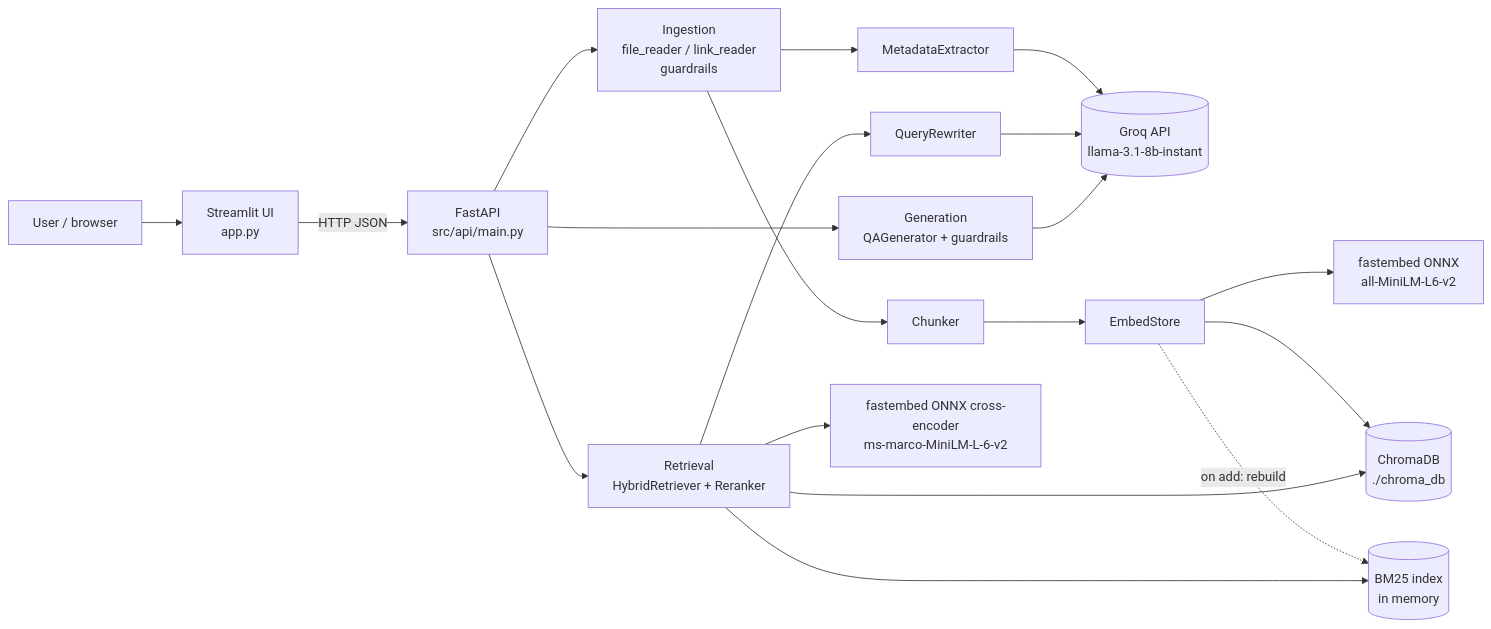
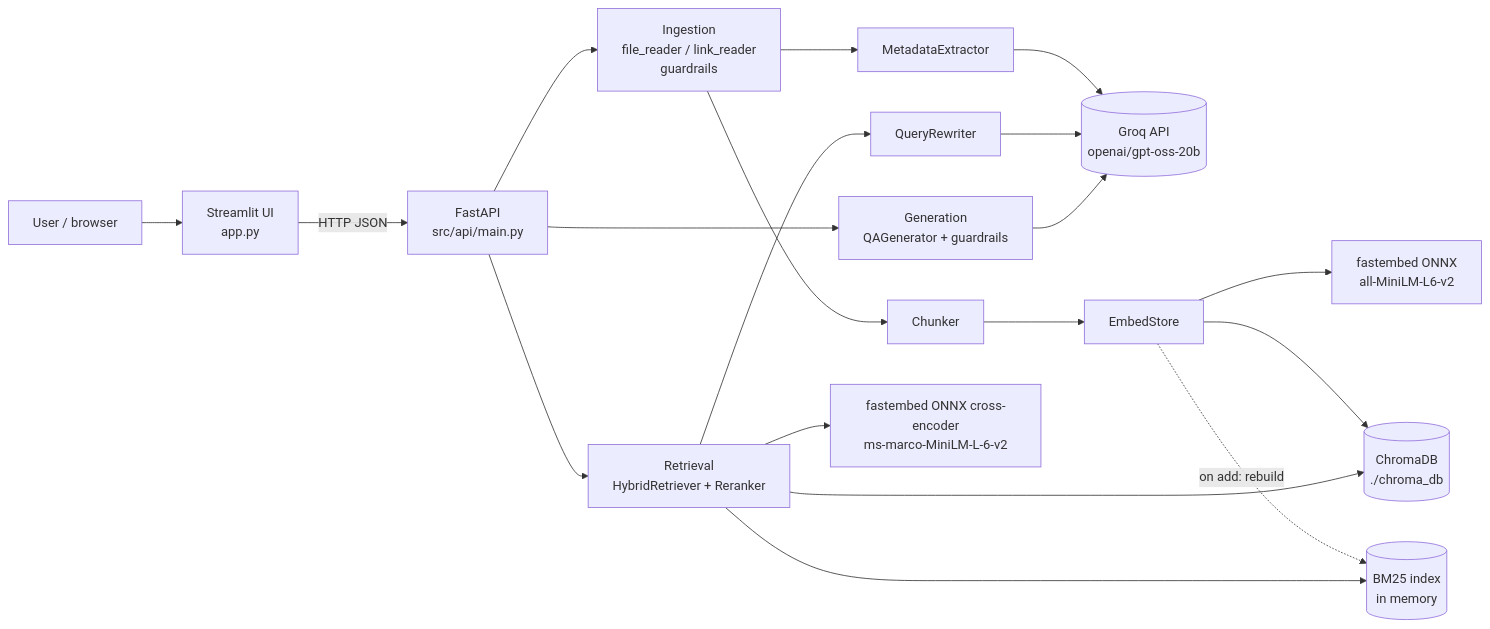
The first of 3 diagrams in docs/ARCHITECTURE.md (Tarunvarma07/AnyDoc_chat), drawn with Mermaid before and after one commit. The commit also changed other lines of this file and 34 other files, not shown here.

````diff
--- a/docs/ARCHITECTURE.md
+++ b/docs/ARCHITECTURE.md
@@ -23,18 +23,18 @@
 ```mermaid
 flowchart LR
     U[User / browser] --> UI[Streamlit UI<br/>app.py]
     UI -- HTTP JSON --> API[FastAPI<br/>src/api/main.py]
     API --> ING[Ingestion<br/>file_reader / link_reader<br/>guardrails]
     API --> RET[Retrieval<br/>HybridRetriever + Reranker]
     API --> GEN[Generation<br/>QAGenerator + guardrails]
-    ING --> META[MetadataExtractor] --> GROQ[(Groq API<br/>llama-3.1-8b-instant)]
+    ING --> META[MetadataExtractor] --> GROQ[(Groq API<br/>openai/gpt-oss-20b)]
     RET --> RW[QueryRewriter] --> GROQ
     GEN --> GROQ
     ING --> CH[Chunker] --> ES[EmbedStore]
     ES --> FE[fastembed ONNX<br/>all-MiniLM-L6-v2]
     ES --> CDB[(ChromaDB<br/>./chroma_db)]
     ES -. on add: rebuild .-> BM25[(BM25 index<br/>in memory)]
     RET --> CDB
     RET --> BM25
     RET --> CE[fastembed ONNX cross-encoder<br/>ms-marco-MiniLM-L-6-v2]
 ```
````
